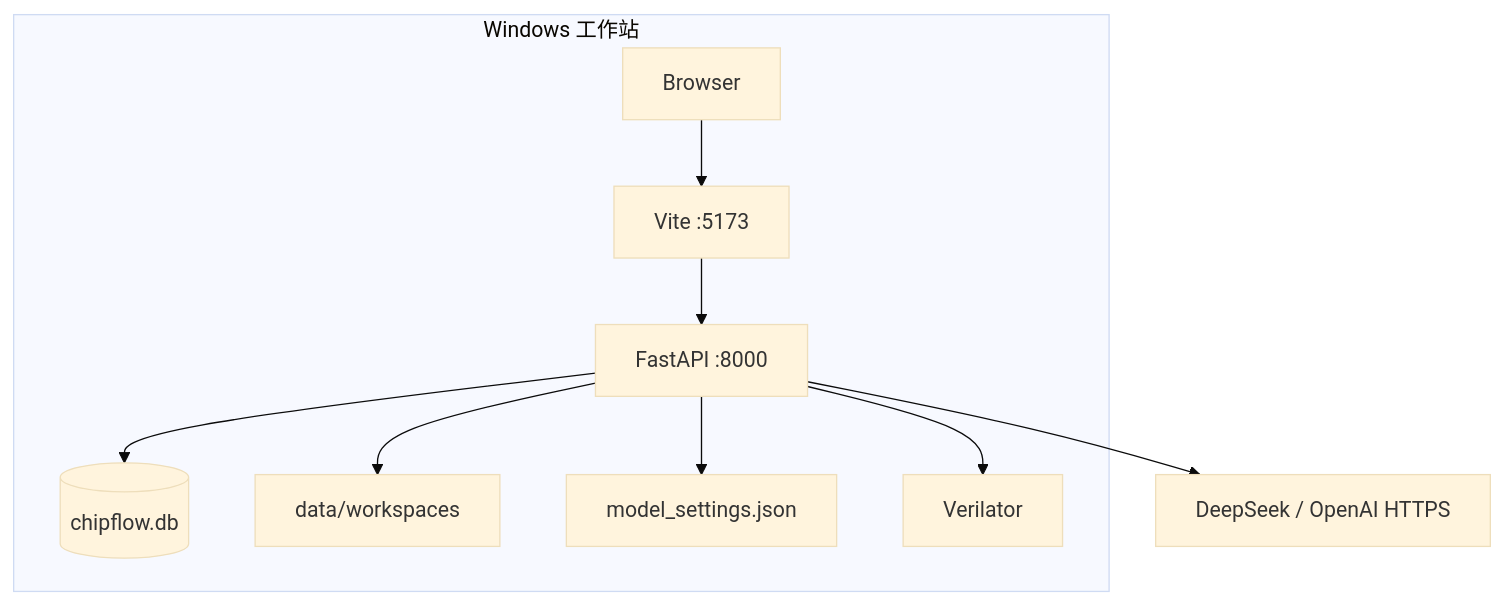
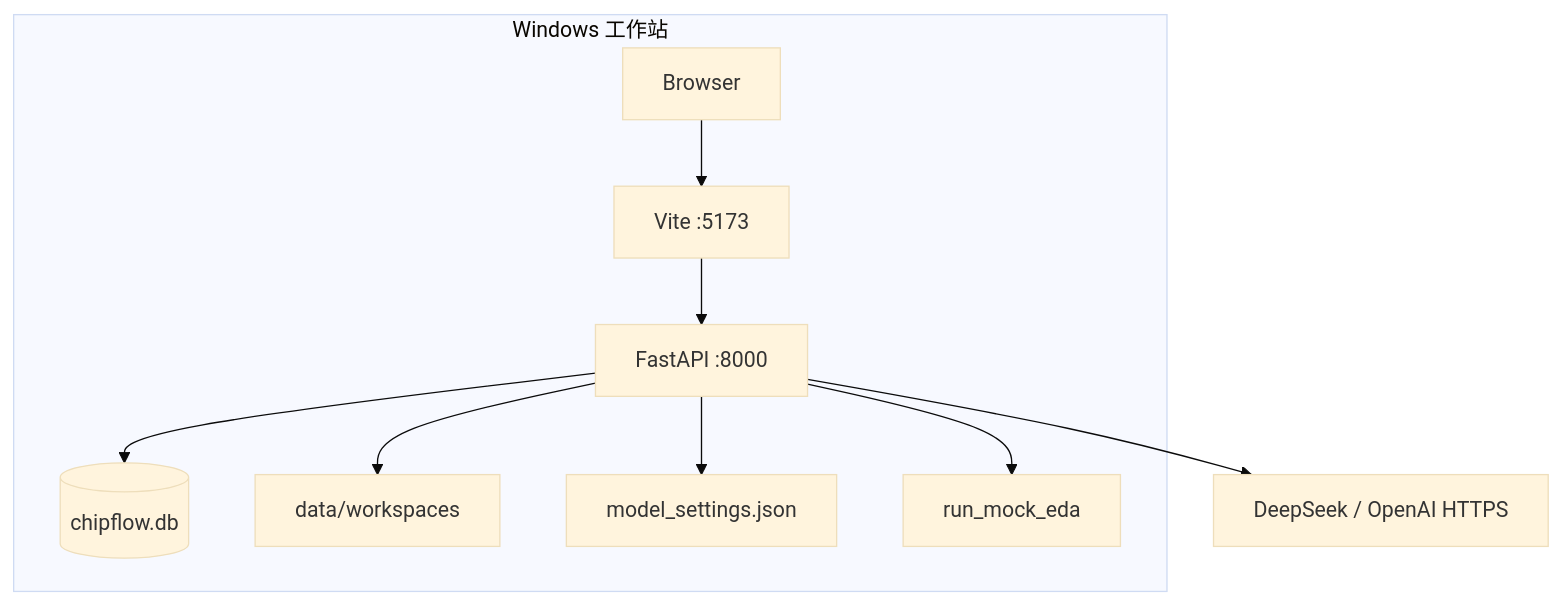
Before and after one commit to yaowensial-g/chipDesignAgent: the seventh of 7 diagrams in docs/architecture-overview.md, drawn with Mermaid (base theme). The commit also changed other lines of this file and 52 other files, not shown here.

````diff
--- a/docs/architecture-overview.md
+++ b/docs/architecture-overview.md
@@ -404,19 +436,19 @@
 ```mermaid
 flowchart TB
     subgraph Windows[Windows 工作站]
         Browser[Browser]
         Vite[Vite :5173]
         FastAPI[FastAPI :8000]
         SQLite[(chipflow.db)]
         Workspace[data/workspaces]
         Config[model_settings.json]
-        Verilator[Verilator]
+        MockEDA[run_mock_eda]
     end
     Cloud[DeepSeek / OpenAI HTTPS]
     Browser --> Vite --> FastAPI
     FastAPI --> SQLite
     FastAPI --> Workspace
     FastAPI --> Config
-    FastAPI --> Verilator
+    FastAPI --> MockEDA
     FastAPI --> Cloud
 ```
````
